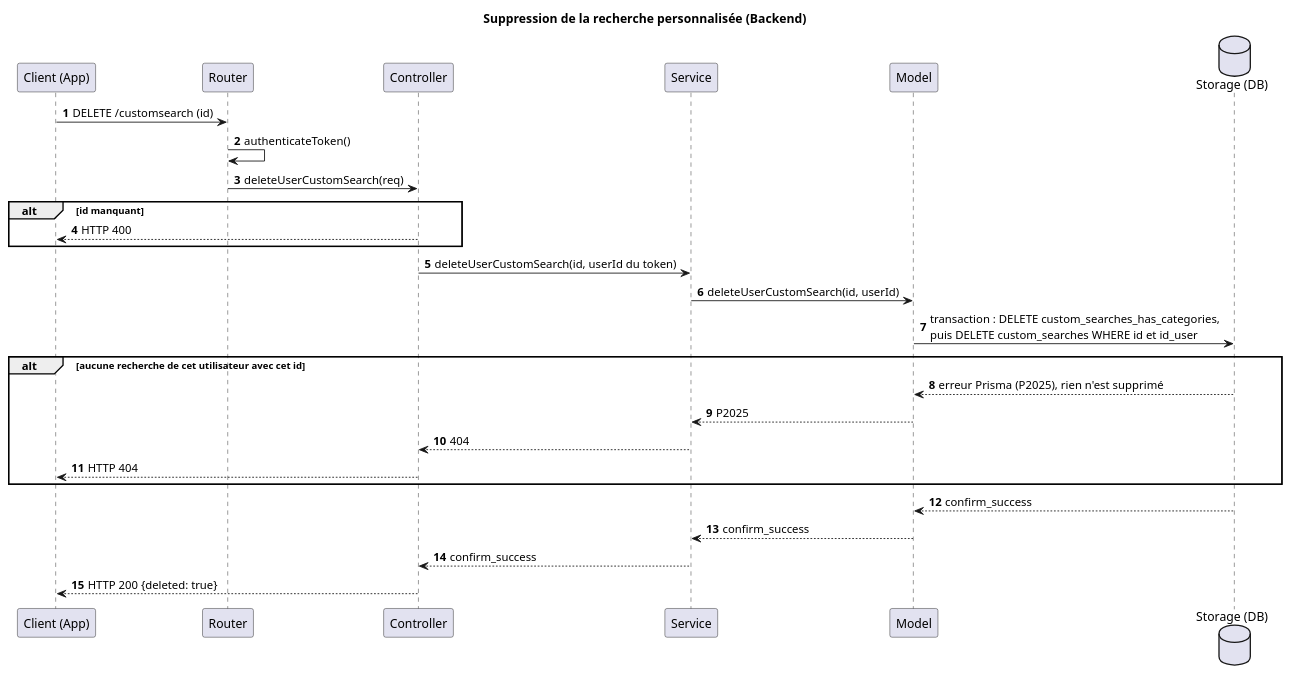
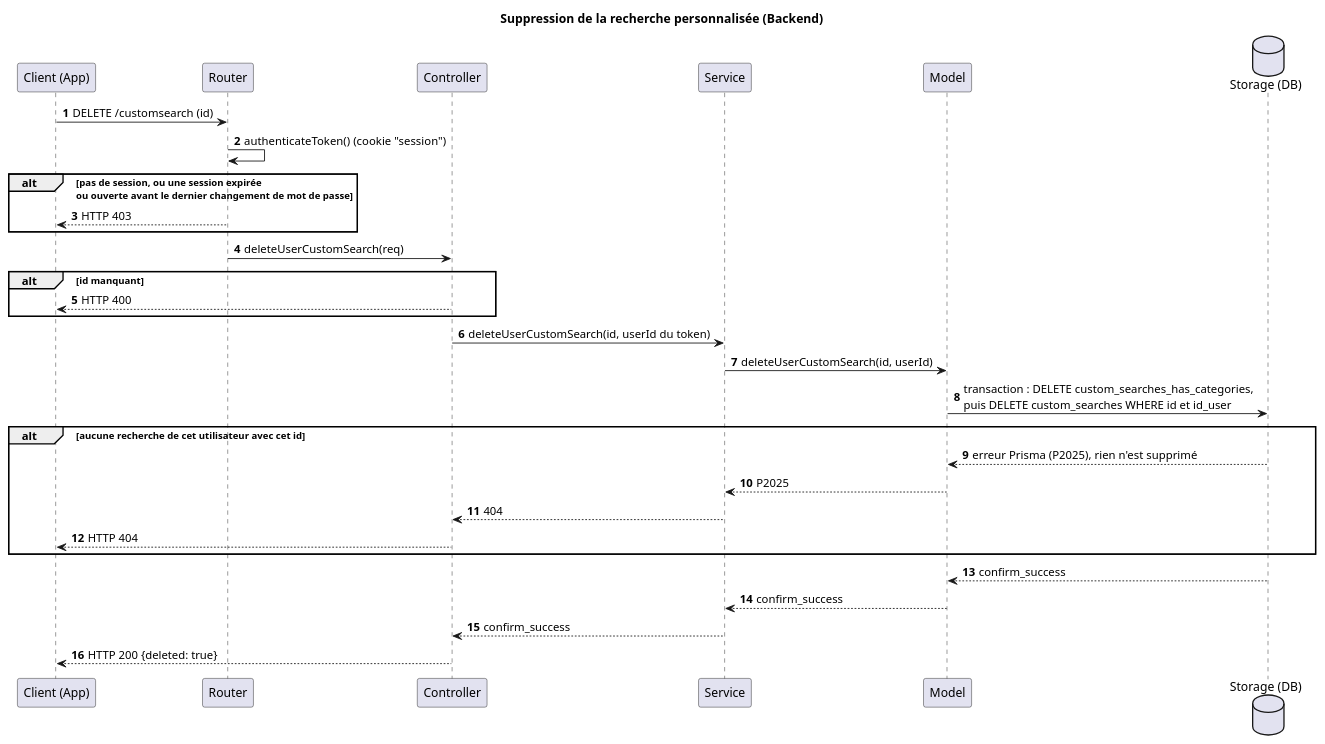
One commit to TPI2026-NewsGenerator/NewsGenerator-Backend changed the diagram in docs/UML/search-history-delete-diagram.puml. Above: the diagram before and after it, drawn with PlantUML. The commit also changed 61 other files, not shown here.

First line of the commit message:
Bring the README, the MLD, the walkthroughs and every diagram up to date

```diff
--- a/docs/UML/search-history-delete-diagram.puml
+++ b/docs/UML/search-history-delete-diagram.puml
@@ -1,33 +1,36 @@
 @startuml
 title Suppression de la recherche personnalisée (Backend)
 autonumber
 
 participant "Client (App)" as Client
 participant "Router" as Router
 participant "Controller" as Controller
 participant "Service" as Service
 participant "Model" as Model
 database "Storage (DB)" as Storage
 
 
 Client -> Router : DELETE /customsearch (id)
-Router -> Router : authenticateToken()
+Router -> Router : authenticateToken() (cookie "session")
+alt pas de session, ou une session expirée\nou ouverte avant le dernier changement de mot de passe
+    Router --> Client : HTTP 403
+end
 Router -> Controller : deleteUserCustomSearch(req)
 alt id manquant
     Controller --> Client : HTTP 400
 end
 Controller -> Service : deleteUserCustomSearch(id, userId du token)
 Service -> Model : deleteUserCustomSearch(id, userId)
 Model -> Storage : transaction : DELETE custom_searches_has_categories,\npuis DELETE custom_searches WHERE id et id_user
 alt aucune recherche de cet utilisateur avec cet id
     Storage --> Model : erreur Prisma (P2025), rien n'est supprimé
     Model --> Service : P2025
     Service --> Controller : 404
     Controller --> Client : HTTP 404
 end
 Storage --> Model : confirm_success
 Model --> Service : confirm_success
 Service --> Controller : confirm_success
 Controller --> Client : HTTP 200 {deleted: true}
 
 @enduml
```
